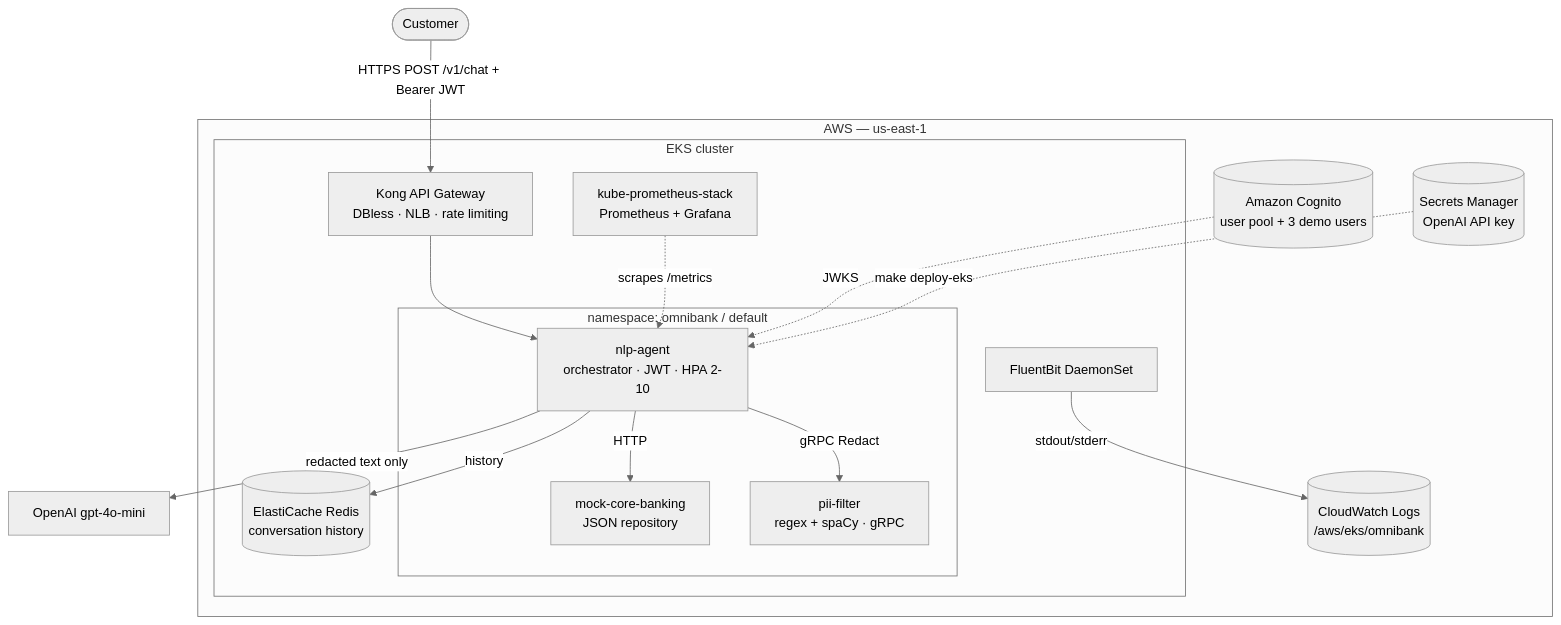
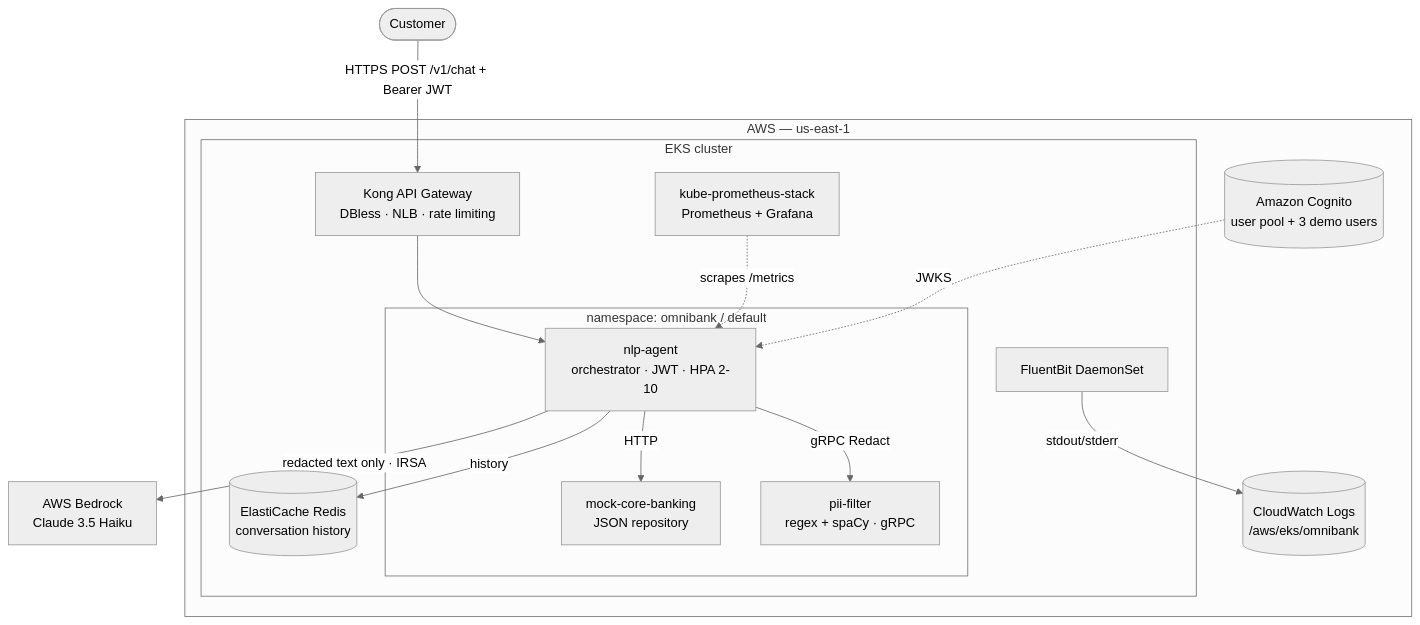
Before and after one commit to NorelyJ/omnibank-ai-grupo2-UN: the diagram in docs/architecture.md, drawn with Mermaid (neutral theme). The commit also changed other lines of this file and 1 other file, not shown here.

Commit message:
docs: architecture + qa reflect keyless Bedrock

````diff
--- a/docs/architecture.md
+++ b/docs/architecture.md
@@ -5,37 +5,35 @@
 ```mermaid
 flowchart TB
     user([Customer])
 
     subgraph aws["AWS — us-east-1"]
         cognito[(Amazon Cognito<br/>user pool + 3 demo users)]
-        secrets[(Secrets Manager<br/>OpenAI API key)]
         cw[(CloudWatch Logs<br/>/aws/eks/omnibank)]
 
         subgraph eks["EKS cluster"]
             kong[Kong API Gateway<br/>DBless · NLB · rate limiting]
 
             subgraph ns["namespace: omnibank / default"]
                 agent[nlp-agent<br/>orchestrator · JWT · HPA 2-10]
                 pii[pii-filter<br/>regex + spaCy · gRPC]
                 bank[mock-core-banking<br/>JSON repository]
             end
 
             redis[(ElastiCache Redis<br/>conversation history)]
             fluentbit[FluentBit DaemonSet]
             kps[kube-prometheus-stack<br/>Prometheus + Grafana]
         end
     end
 
-    openai[OpenAI gpt-4o-mini]
+    bedrock[AWS Bedrock<br/>Claude 3.5 Haiku]
 
     user -->|"HTTPS POST /v1/chat + Bearer JWT"| kong
     kong --> agent
     cognito -. JWKS .-> agent
-    secrets -. make deploy-eks .-> agent
     agent -->|gRPC Redact| pii
     agent -->|HTTP| bank
     agent -->|history| redis
-    agent -->|redacted text only| openai
+    agent -->|"redacted text only · IRSA"| bedrock
     fluentbit -->|stdout/stderr| cw
     kps -. scrapes /metrics .-> agent
 ```
````
